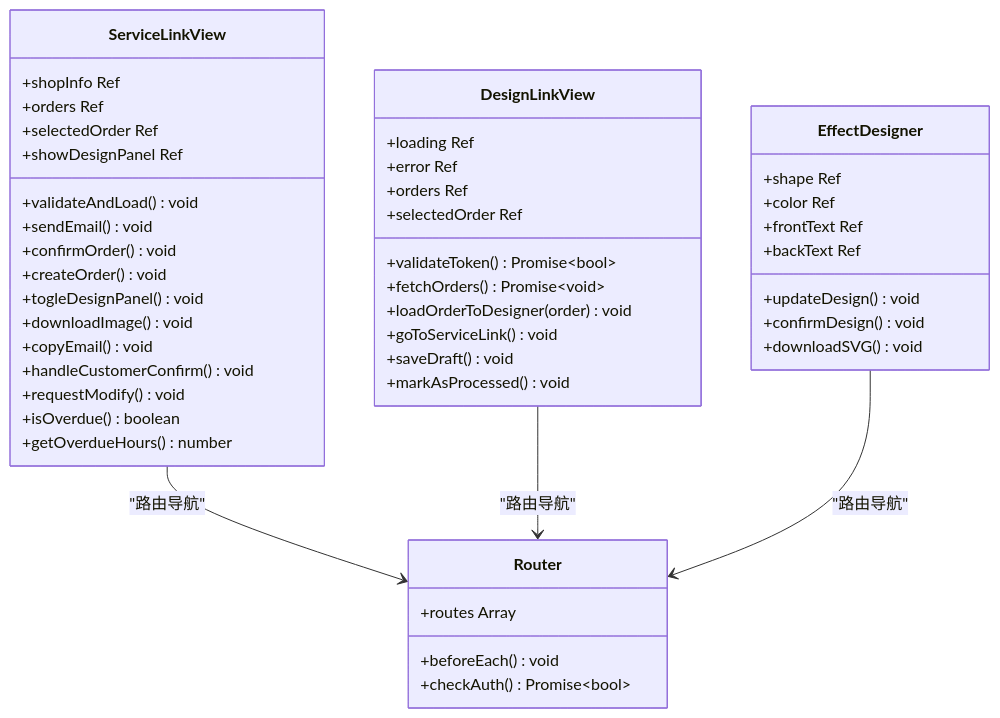
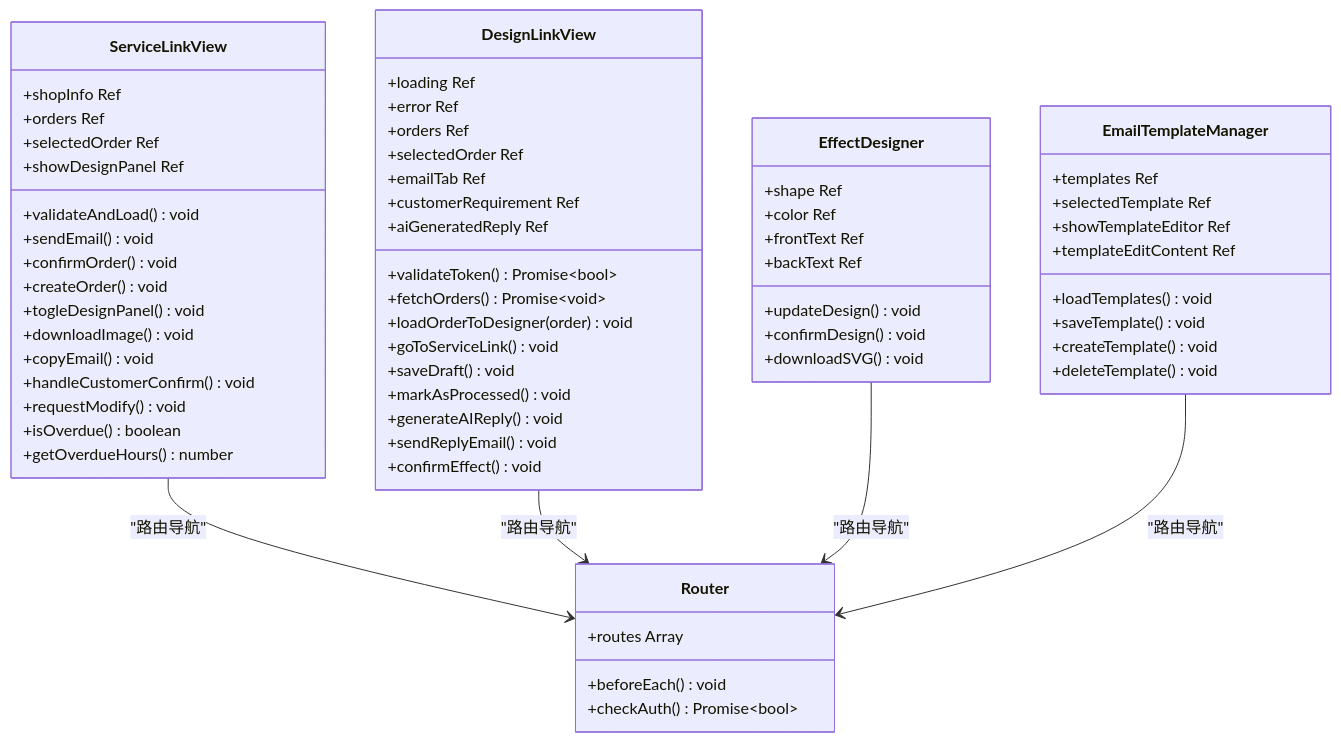
The third of 13 diagrams in .qoder/repowiki/zh/content/开发指南/客服外链双链接系统.md (SY6621/POD-Order-Management), drawn with Mermaid before and after one commit. The commit also changed other lines of this file and 7 other files, not shown here.

````diff
--- a/.qoder/repowiki/zh/content/开发指南/客服外链双链接系统.md
+++ b/.qoder/repowiki/zh/content/开发指南/客服外链双链接系统.md
@@ -186,49 +221,66 @@
 ```mermaid
 classDiagram
 class ServiceLinkView {
 +shopInfo Ref
 +orders Ref
 +selectedOrder Ref
 +validateAndLoad() void
 +sendEmail() void
 +confirmOrder() void
 +createOrder() void
 +showDesignPanel Ref
 +togleDesignPanel() void
 +downloadImage() void
 +copyEmail() void
 +handleCustomerConfirm() void
 +requestModify() void
 +isOverdue() boolean
 +getOverdueHours() number
 }
 class DesignLinkView {
 +loading Ref
 +error Ref
 +orders Ref
 +selectedOrder Ref
 +validateToken() Promise~bool~
 +fetchOrders() Promise~void~
 +loadOrderToDesigner(order) void
 +goToServiceLink() void
 +saveDraft() void
 +markAsProcessed() void
++emailTab Ref
++customerRequirement Ref
++aiGeneratedReply Ref
++generateAIReply() void
++sendReplyEmail() void
++confirmEffect() void
 }
 class EffectDesigner {
 +shape Ref
 +color Ref
 +frontText Ref
 +backText Ref
 +updateDesign() void
 +confirmDesign() void
 +downloadSVG() void
 }
+class EmailTemplateManager {
++templates Ref
++selectedTemplate Ref
++showTemplateEditor Ref
++templateEditContent Ref
++loadTemplates() void
++saveTemplate() void
++createTemplate() void
++deleteTemplate() void
+}
 class Router {
 +routes Array
 +beforeEach() void
 +checkAuth() Promise~bool~
 }
 ServiceLinkView --> Router : "路由导航"
 DesignLinkView --> Router : "路由导航"
 EffectDesigner --> Router : "路由导航"
+EmailTemplateManager --> Router : "路由导航"
 ```
````
